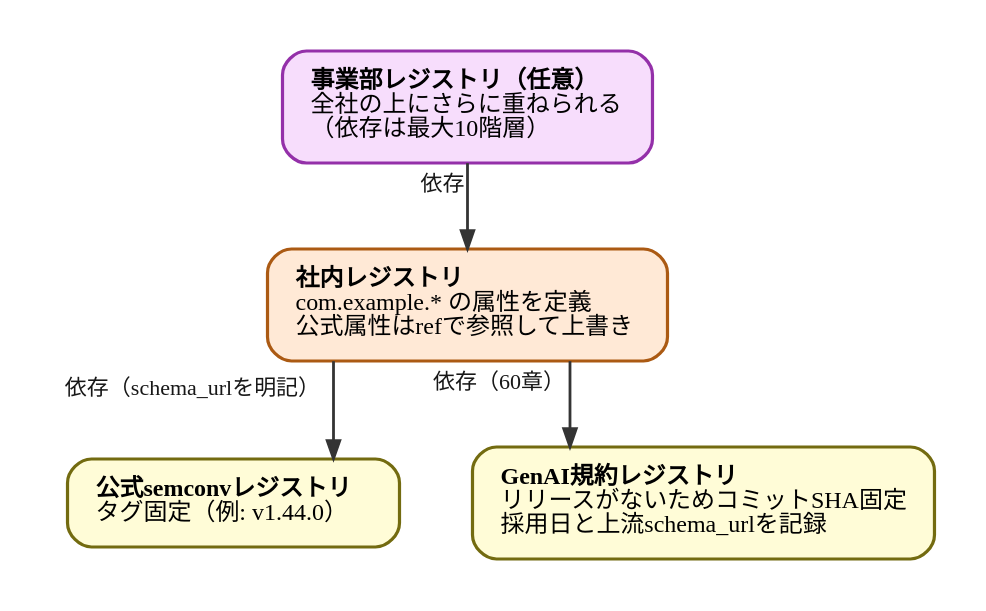
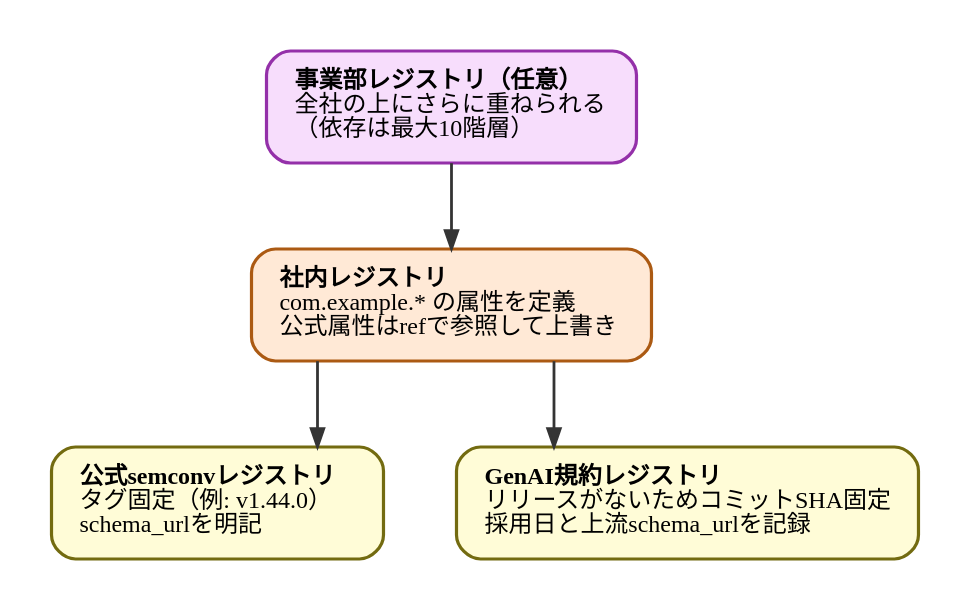
The diagram in diagrams/observability-platform-with-otel/20260926-registry-deps.dot (ymotongpoo/zenn.dev), drawn with Graphviz before and after one commit. The commit also changed 20 other files, not shown here.

```diff
--- a/diagrams/observability-platform-with-otel/20260926-registry-deps.dot
+++ b/diagrams/observability-platform-with-otel/20260926-registry-deps.dot
@@ -1,29 +1,31 @@
 // 公式レジストリと社内レジストリの参照関係
 digraph registry_deps {
   graph [
     fontname="IBM Plex Sans JP", fontsize=13,
     rankdir=TB, compound=true, splines=ortho,
     nodesep=0.5, ranksep=0.6, pad=0.25,
     bgcolor="white", newrank=true
   ];
   node [
     fontname="IBM Plex Sans JP", fontsize=12,
     shape=box, style="rounded,filled",
     fillcolor="#E4E4E4", color="#4A4A4A", penwidth=1.6,
     margin="0.2,0.14"
   ];
   edge [
     fontname="IBM Plex Sans JP", fontsize=11,
     color="#343434", penwidth=1.4, arrowsize=0.9,
     fontcolor="#171717"
   ];
 
   division [label=<<b>事業部レジストリ（任意）</b><br align="left"/>全社の上にさらに重ねられる<br align="left"/>（依存は最大10階層）<br align="left"/>>, fillcolor="#F7DDFC", color="#9430A9"];
   internal [label=<<b>社内レジストリ</b><br align="left"/>com.example.* の属性を定義<br align="left"/>公式属性はrefで参照して上書き<br align="left"/>>, fillcolor="#FFE9D6", color="#AB5A13"];
-  official [label=<<b>公式semconvレジストリ</b><br align="left"/>タグ固定（例: v1.44.0）<br align="left"/>>, fillcolor="#FFFCD7", color="#736B10"];
+  official [label=<<b>公式semconvレジストリ</b><br align="left"/>タグ固定（例: v1.44.0）<br align="left"/>schema_urlを明記<br align="left"/>>, fillcolor="#FFFCD7", color="#736B10"];
   genai [label=<<b>GenAI規約レジストリ</b><br align="left"/>リリースがないためコミットSHA固定<br align="left"/>採用日と上流schema_urlを記録<br align="left"/>>, fillcolor="#FFFCD7", color="#736B10"];
 
-  division -> internal [xlabel=" 依存"];
-  internal -> official [xlabel=" 依存（schema_urlを明記）"];
-  internal -> genai [xlabel=" 依存（60章）"];
+  // 辺のラベルは置かない。3本とも「依存」で始まるため線や箱に被りやすく、
+  // 依存の向きと固定の方法はキャプションが述べている。
+  division -> internal;
+  internal -> official;
+  internal -> genai;
 }
```
